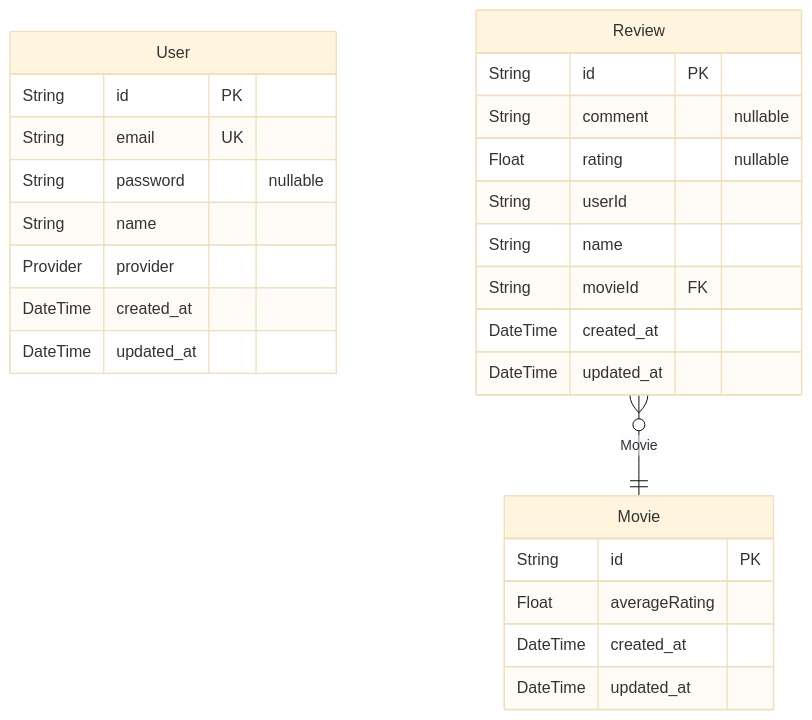
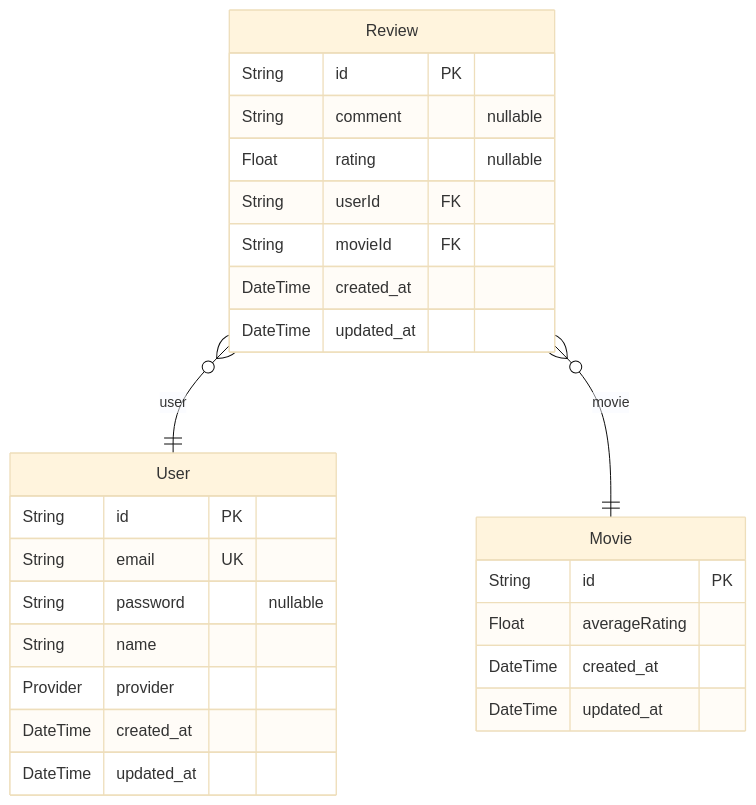
The diagram in server/prisma/ERD.md (hojun-lee99/web-project), drawn with Mermaid (base theme) before and after one commit. The commit also changed other lines of this file and 10 other files, not shown here.

````diff
--- a/server/prisma/ERD.md
+++ b/server/prisma/ERD.md
@@ -7,29 +7,29 @@
 ```mermaid
 erDiagram
 "User" {
   String id PK
   String email UK
   String password "nullable"
   String name
   Provider provider
   DateTime created_at
   DateTime updated_at
 }
 "Movie" {
   String id PK
   Float averageRating
   DateTime created_at
   DateTime updated_at
 }
 "Review" {
   String id PK
   String comment "nullable"
   Float rating "nullable"
-  String userId
-  String name
+  String userId FK
   String movieId FK
   DateTime created_at
   DateTime updated_at
 }
-"Review" }o--|| "Movie" : Movie
+"Review" }o--|| "User" : user
+"Review" }o--|| "Movie" : movie
 ```
````
